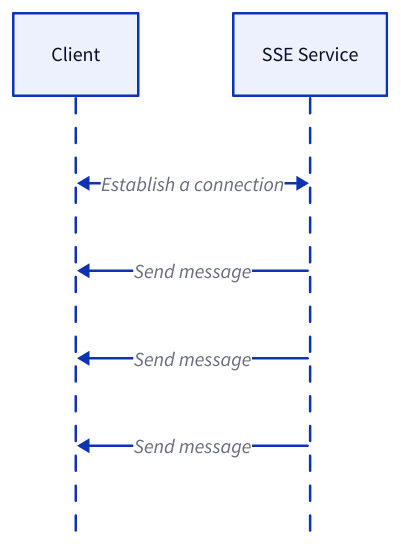
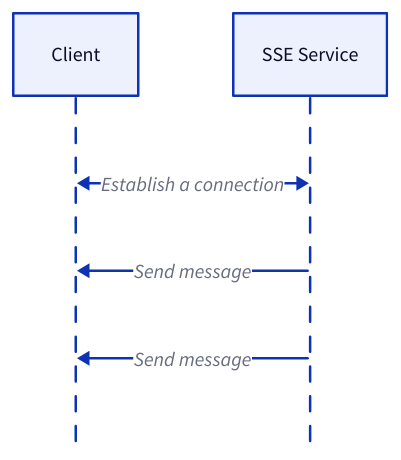
The tenth of 12 diagrams in content/docs/web-service/communication-protocols/_index.md (link1905/system-design-101), drawn with D2 before and after one commit. The commit also changed other lines of this file and 49 other files, not shown here.

````diff
--- a/content/docs/web-service/communication-protocols/_index.md
+++ b/content/docs/web-service/communication-protocols/_index.md
@@ -347,14 +346,13 @@
 ```d2
 
 shape: sequence_diagram
 c: Client {
     class: client
 }
 s: SSE Service {
     class: server
 }
 c <-> s: Establish a connection
 s --> c: Send message
 s --> c: Send message
-s --> c: Send message
 ```
````
